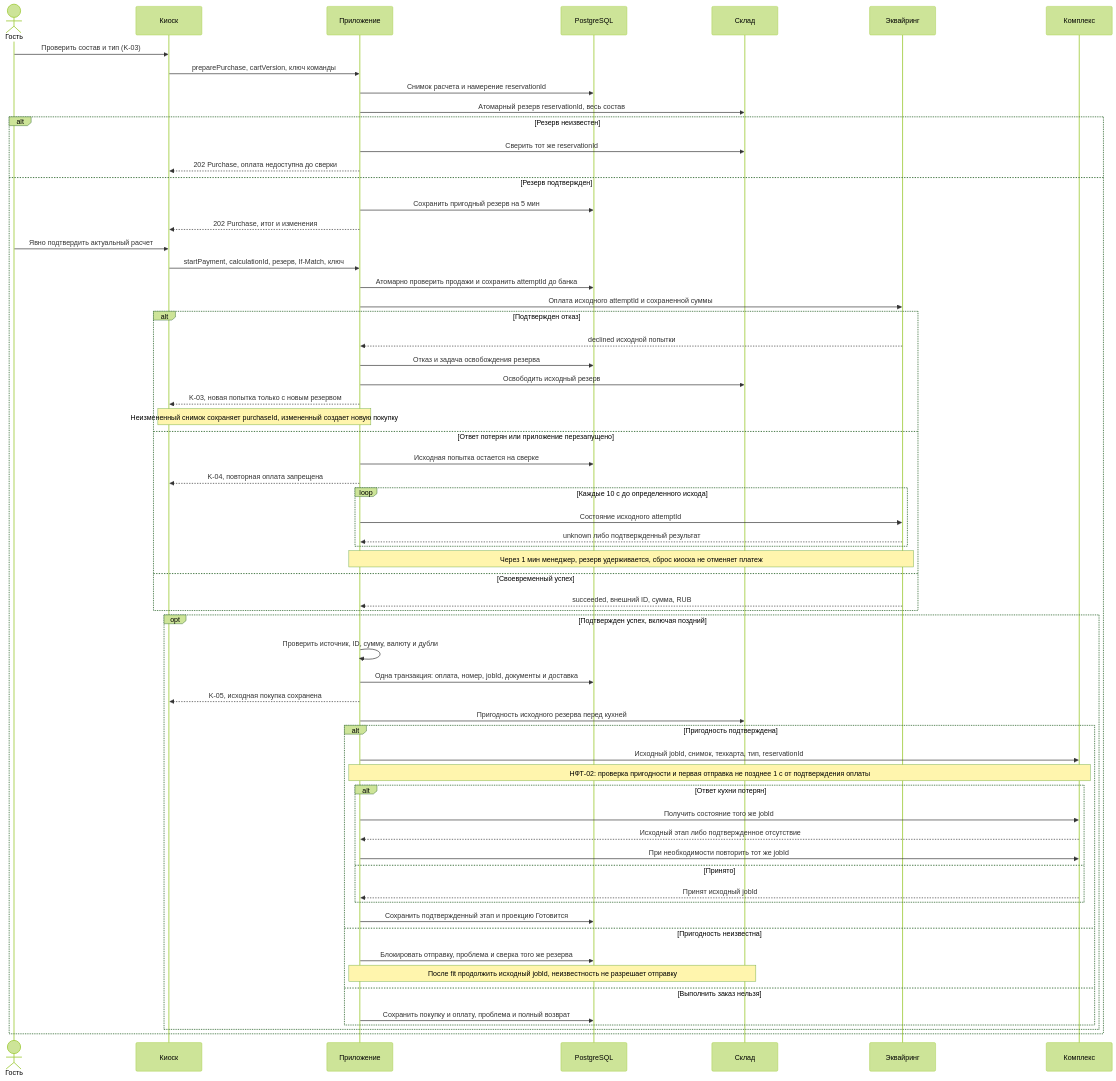
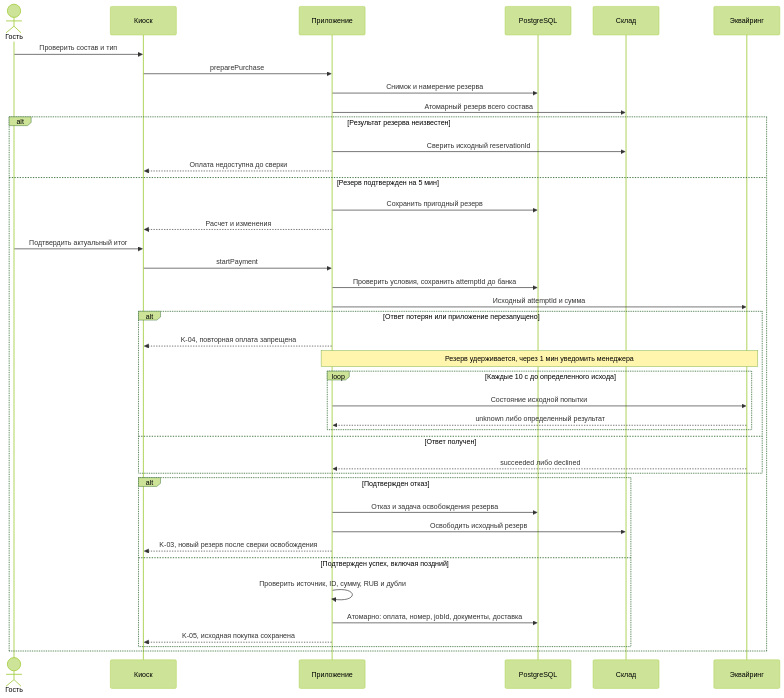
The first of 8 diagrams in docs/project/published/04_architecture/integration-flows.md (n-leo-leo/restaurant-order-board), drawn with Mermaid (forest theme) before and after one commit. The commit also changed other lines of this file and 27 other files, not shown here.

````diff
--- a/docs/project/published/04_architecture/integration-flows.md
+++ b/docs/project/published/04_architecture/integration-flows.md
@@ -7,65 +7,43 @@
 ```mermaid
 sequenceDiagram
 actor Guest as Гость
 participant Kiosk as Киоск
 participant App as Приложение
 participant DB as PostgreSQL
 participant Stock as Склад
 participant Pay as Эквайринг
-participant Robot as Комплекс
-Guest->>Kiosk: Проверить состав и тип (K-03)
-Kiosk->>App: preparePurchase, cartVersion, ключ команды
-App->>DB: Снимок расчета и намерение reservationId
-App->>Stock: Атомарный резерв reservationId, весь состав
-alt Резерв неизвестен
-App->>Stock: Сверить тот же reservationId
-App-->>Kiosk: 202 Purchase, оплата недоступна до сверки
-else Резерв подтвержден
-App->>DB: Сохранить пригодный резерв на 5 мин
-App-->>Kiosk: 202 Purchase, итог и изменения
-Guest->>Kiosk: Явно подтвердить актуальный расчет
-Kiosk->>App: startPayment, calculationId, резерв, If-Match, ключ
-App->>DB: Атомарно проверить продажи и сохранить attemptId до банка
-App->>Pay: Оплата исходного attemptId и сохраненной суммы
+Guest->>Kiosk: Проверить состав и тип
+Kiosk->>App: preparePurchase
+App->>DB: Снимок и намерение резерва
+App->>Stock: Атомарный резерв всего состава
+alt Результат резерва неизвестен
+App->>Stock: Сверить исходный reservationId
+App-->>Kiosk: Оплата недоступна до сверки
+else Резерв подтвержден на 5 мин
+App->>DB: Сохранить пригодный резерв
+App-->>Kiosk: Расчет и изменения
+Guest->>Kiosk: Подтвердить актуальный итог
+Kiosk->>App: startPayment
+App->>DB: Проверить условия, сохранить attemptId до банка
+App->>Pay: Исходный attemptId и сумма
+alt Ответ потерян или приложение перезапущено
+App-->>Kiosk: K-04, повторная оплата запрещена
+Note over App,Pay: Резерв удерживается, через 1 мин уведомить менеджера
+loop Каждые 10 с до определенного исхода
+App->>Pay: Состояние исходной попытки
+Pay-->>App: unknown либо определенный результат
+end
+else Ответ получен
+Pay-->>App: succeeded либо declined
+end
 alt Подтвержден отказ
-Pay-->>App: declined исходной попытки
 App->>DB: Отказ и задача освобождения резерва
 App->>Stock: Освободить исходный резерв
-App-->>Kiosk: K-03, новая попытка только с новым резервом
-Note over Kiosk,App: Неизмененный снимок сохраняет purchaseId, измененный создает новую покупку
-else Ответ потерян или приложение перезапущено
-App->>DB: Исходная попытка остается на сверке
-App-->>Kiosk: K-04, повторная оплата запрещена
-loop Каждые 10 с до определенного исхода
-App->>Pay: Состояние исходного attemptId
-Pay-->>App: unknown либо подтвержденный результат
-end
-Note over App,Pay: Через 1 мин менеджер, резерв удерживается, сброс киоска не отменяет платеж
-else Своевременный успех
-Pay-->>App: succeeded, внешний ID, сумма, RUB
-end
-opt Подтвержден успех, включая поздний
-App->>App: Проверить источник, ID, сумму, валюту и дубли
-App->>DB: Одна транзакция: оплата, номер, jobId, документы и доставка
+App-->>Kiosk: K-03, новый резерв после сверки освобождения
+else Подтвержден успех, включая поздний
+App->>App: Проверить источник, ID, сумму, RUB и дубли
+App->>DB: Атомарно: оплата, номер, jobId, документы, доставка
 App-->>Kiosk: K-05, исходная покупка сохранена
-App->>Stock: Пригодность исходного резерва перед кухней
-alt Пригодность подтверждена
-App->>Robot: Исходный jobId, снимок, техкарта, тип, reservationId
-Note over App,Robot: НФТ-02: проверка пригодности и первая отправка не позднее 1 с от подтверждения оплаты
-alt Ответ кухни потерян
-App->>Robot: Получить состояние того же jobId
-Robot-->>App: Исходный этап либо подтвержденное отсутствие
-App->>Robot: При необходимости повторить тот же jobId
-else Принято
-Robot-->>App: Принят исходный jobId
-end
-App->>DB: Сохранить подтвержденный этап и проекцию Готовится
-else Пригодность неизвестна
-App->>DB: Блокировать отправку, проблема и сверка того же резерва
-Note over App,Stock: После fit продолжить исходный jobId, неизвестность не разрешает отправку
-else Выполнить заказ нельзя
-App->>DB: Сохранить покупку и оплату, проблема и полный возврат
-end
 end
 end
 ```
````
